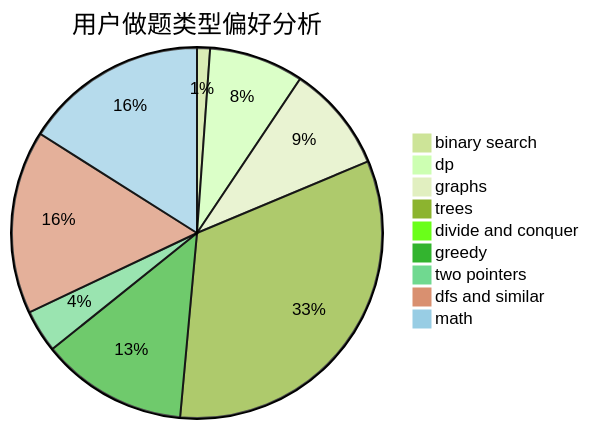
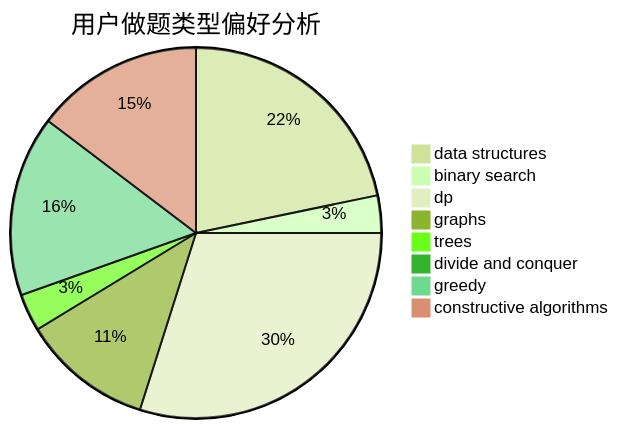
Before and after one commit to sherpahu/cfrs.github.io: the second of 3 diagrams in docs/user/u1997.md, drawn with Mermaid (forest theme). The commit also changed other lines of this file and 2775 other files, not shown here.

````diff
--- a/docs/user/u1997.md
+++ b/docs/user/u1997.md
@@ -23,12 +23,11 @@
 ```mermaid
 pie title 用户做题类型偏好分析
-    "binary search" :  14
-    "dp" :  102
-    "graphs" :  115
-    "trees" :  405
+    "data structures" :  40
+    "binary search" :  6
+    "dp" :  55
+    "graphs" :  21
+    "trees" :  6
     "divide and conquer" :  0
-    "greedy" :  158
-    "two pointers" :  46
-    "dfs and similar" :  198
-    "math" :  198
+    "greedy" :  29
+    "constructive algorithms" :  27
 ```
````
